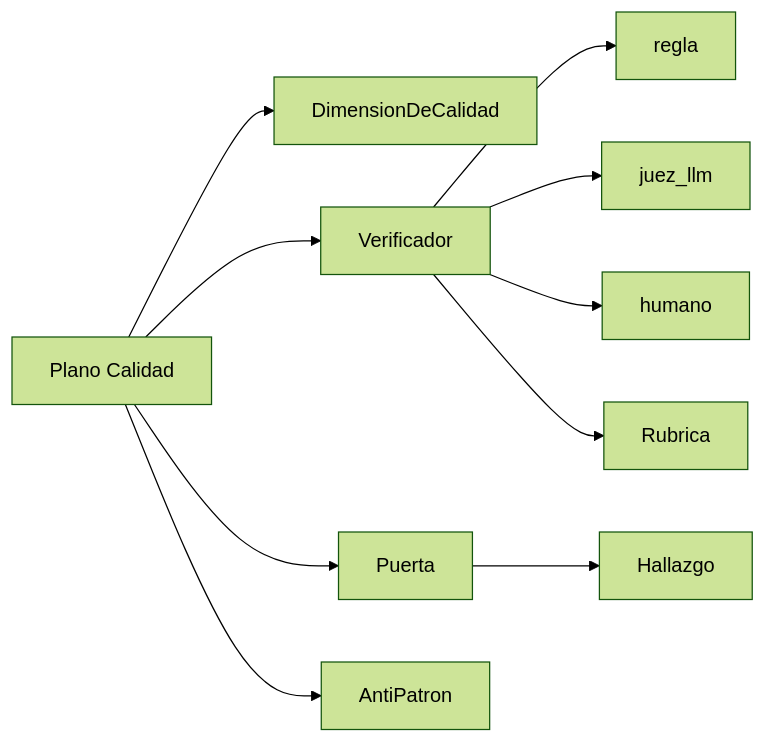
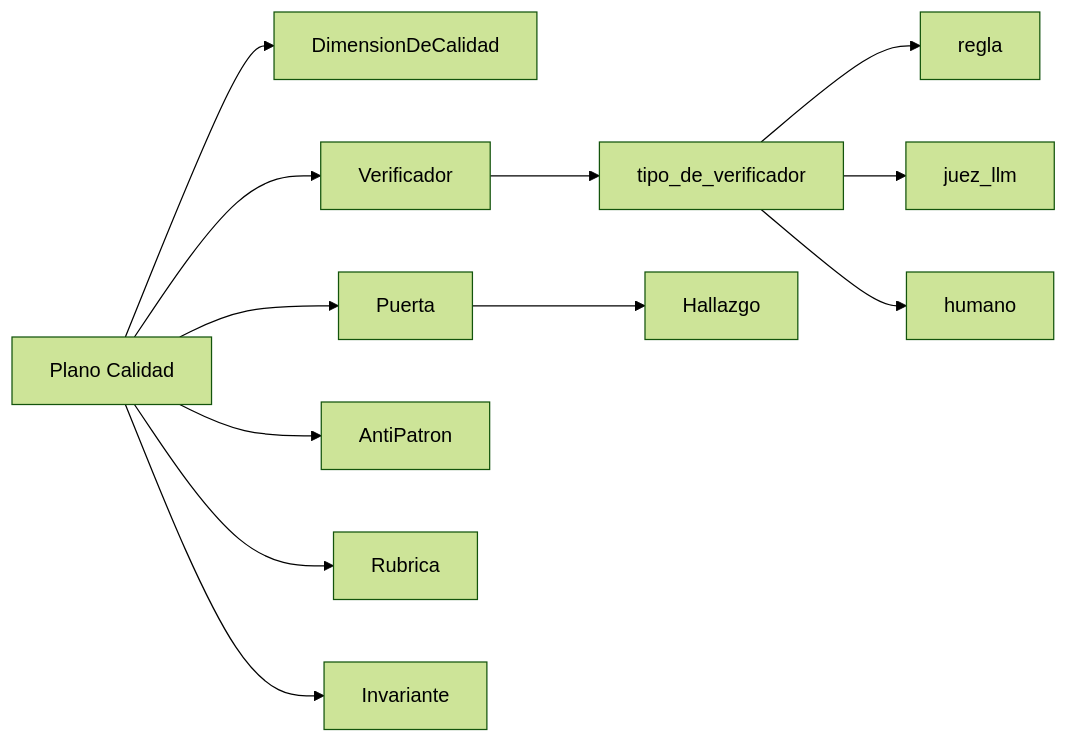
One commit to SantiagoEspinosa-ai/My_novel_story changed the sixth of 10 diagrams in Docs/domain-knowledge.md. Above: the diagram before and after it, drawn with Mermaid (forest theme). The commit also changed other lines of this file and 2 other files, not shown here.

````diff
--- a/Docs/domain-knowledge.md
+++ b/Docs/domain-knowledge.md
@@ -103,13 +103,15 @@
 ```mermaid
 flowchart LR
   P5["Plano Calidad"]
   P5 --> Q1["DimensionDeCalidad"]
   P5 --> Q2["Verificador"]
   P5 --> Q3["Puerta"]
   P5 --> Q4["AntiPatron"]
-  Q2 --> V1["regla"]
-  Q2 --> V2["juez_llm"]
-  Q2 --> V3["humano"]
-  Q2 --> V4["Rubrica"]
+  P5 --> Q5["Rubrica"]
+  P5 --> Q6["Invariante"]
+  Q2 --> T["tipo_de_verificador"]
+  T --> V1["regla"]
+  T --> V2["juez_llm"]
+  T --> V3["humano"]
   Q3 --> G1["Hallazgo"]
 ```
````
